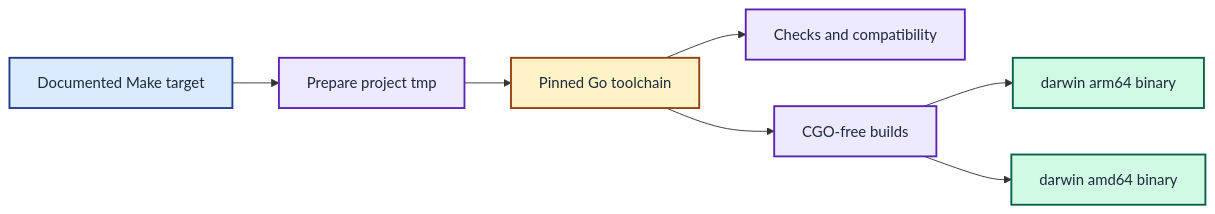
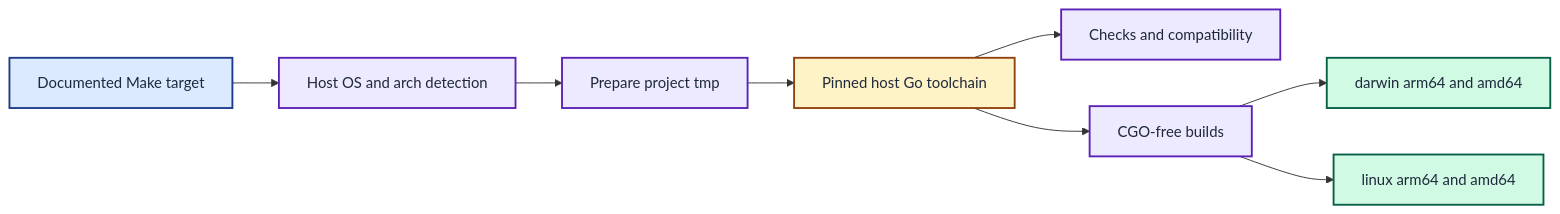
Before and after one commit to neozenith/dotfiles: the seventh of 8 diagrams in joshpeak-prompt/ARCHITECTURE.md, drawn with Mermaid. The commit also changed other lines of this file and 13 other files, not shown here.

First line of the commit message:
feat: Support Linux (Raspberry Pi 4) alongside macOS with host-detected builds

````diff
--- a/joshpeak-prompt/ARCHITECTURE.md
+++ b/joshpeak-prompt/ARCHITECTURE.md
@@ -385,14 +386,15 @@
 ```mermaid
 flowchart LR
-    Make["Documented Make target"]:::input --> Prepare["Prepare project tmp"]:::process
-    Prepare --> Toolchain["Pinned Go toolchain"]:::storage
+    Make["Documented Make target"]:::input --> Detect["Host OS and arch detection"]:::process
+    Detect --> Prepare["Prepare project tmp"]:::process
+    Prepare --> Toolchain["Pinned host Go toolchain"]:::storage
     Toolchain --> Check["Checks and compatibility"]:::process
     Toolchain --> Build["CGO-free builds"]:::process
-    Build --> Arm["darwin arm64 binary"]:::output
-    Build --> Intel["darwin amd64 binary"]:::output
+    Build --> Darwin["darwin arm64 and amd64"]:::output
+    Build --> Linux["linux arm64 and amd64"]:::output
 
     classDef input fill:#dbeafe,stroke:#1e3a8a,color:#1e293b,stroke-width:2px
     classDef process fill:#ede9fe,stroke:#5b21b6,color:#1e293b,stroke-width:2px
     classDef storage fill:#fef3c7,stroke:#92400e,color:#1e293b,stroke-width:2px
     classDef output fill:#d1fae5,stroke:#065f46,color:#1e293b,stroke-width:2px
 ```
````
